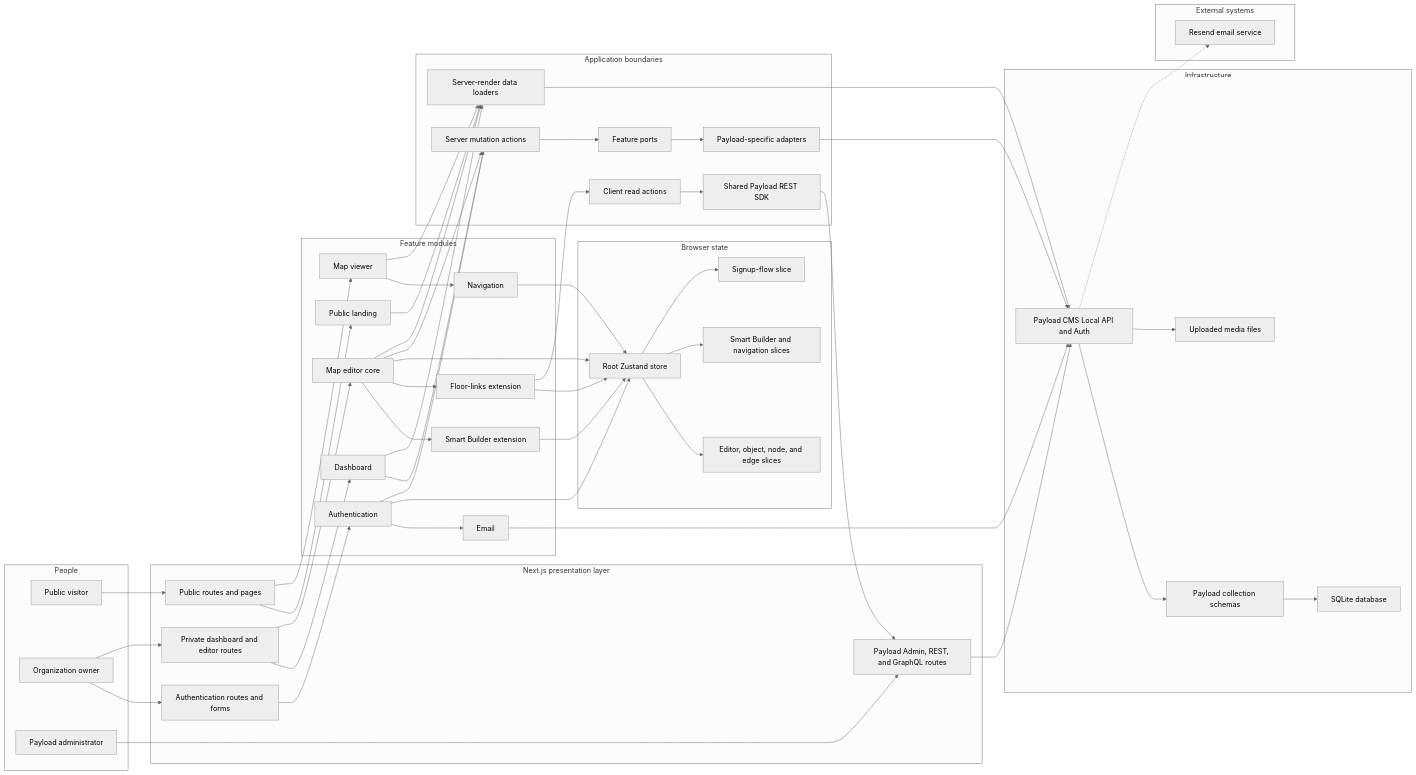
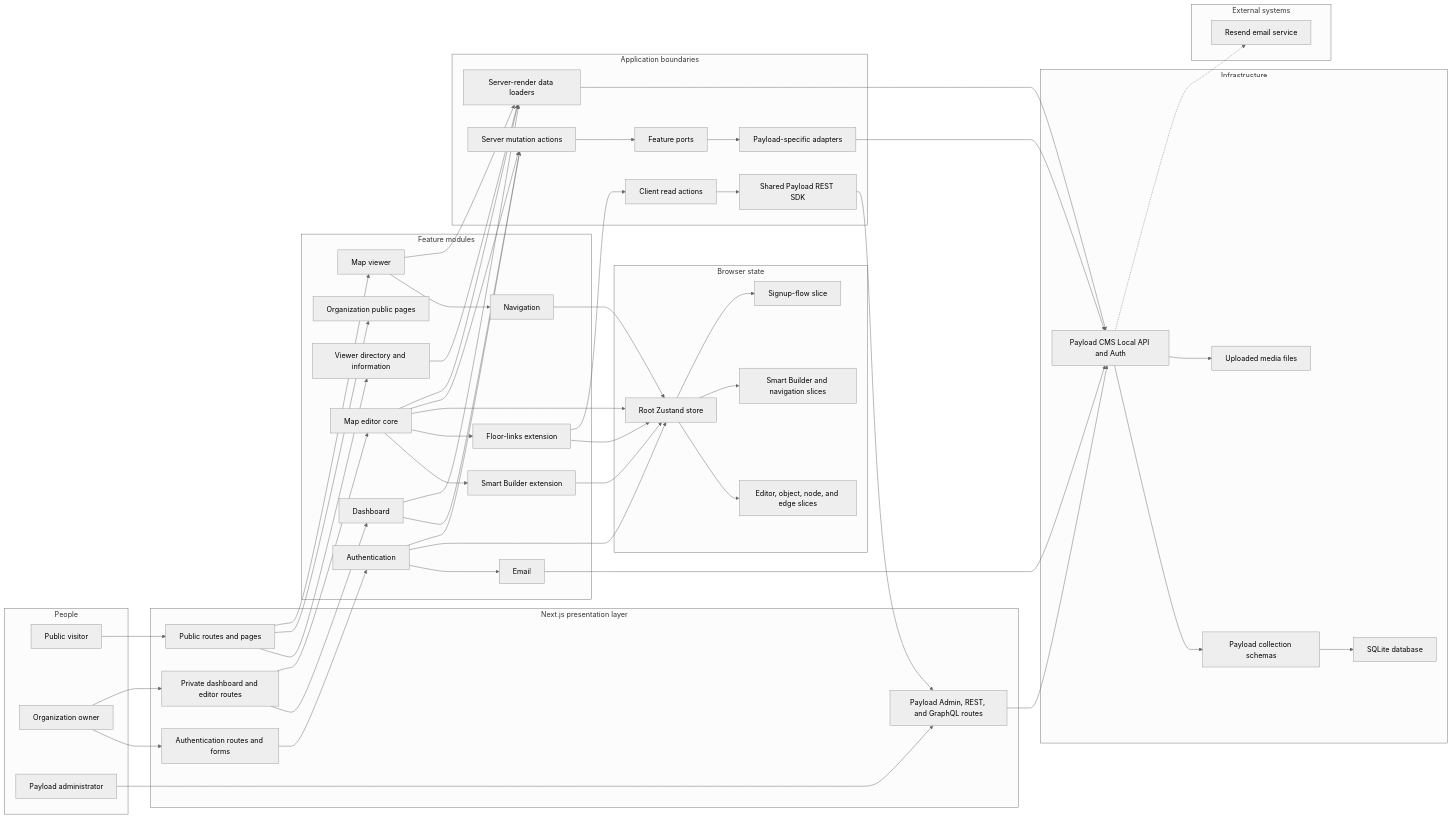
Before and after one commit to MubassirSapa/WayFinder: the first of 6 diagrams in docs/technical/APPLICATION_ARCHITECTURE.md, drawn with Mermaid (neutral theme). The commit also changed other lines of this file and 87 other files, not shown here.

Commit message:
feat(viewer): complete public venue experience

```diff
--- a/docs/technical/APPLICATION_ARCHITECTURE.md
+++ b/docs/technical/APPLICATION_ARCHITECTURE.md
@@ -45,8 +45,9 @@
     end
 
     subgraph features ["Feature modules"]
-        landingFeature["Public landing"]
-        viewerFeature["Map viewer"]
+        discoveryFeature["Viewer directory and information"]
+        organizationFeature["Organization public pages"]
+        mapViewerFeature["Map viewer"]
         navigationFeature["Navigation"]
         authFeature["Authentication"]
         dashboardFeature["Dashboard"]
@@ -88,9 +89,10 @@
     owner --> privateRoutes
     payloadAdmin --> payloadRoutes
 
-    publicRoutes --> landingFeature
-    publicRoutes --> viewerFeature
-    viewerFeature --> navigationFeature
+    publicRoutes --> discoveryFeature
+    publicRoutes --> organizationFeature
+    publicRoutes --> mapViewerFeature
+    mapViewerFeature --> navigationFeature
     authRoutes --> authFeature
     privateRoutes --> dashboardFeature
     privateRoutes --> editorCore
@@ -114,8 +116,8 @@
     serverActions --> ports
     ports --> payloadAdapters
     clientActions --> payloadSdk
-    landingFeature --> serverLoaders
-    viewerFeature --> serverLoaders
+    discoveryFeature --> serverLoaders
+    mapViewerFeature --> serverLoaders
     dashboardFeature --> serverLoaders
     editorCore --> serverLoaders
 
```
